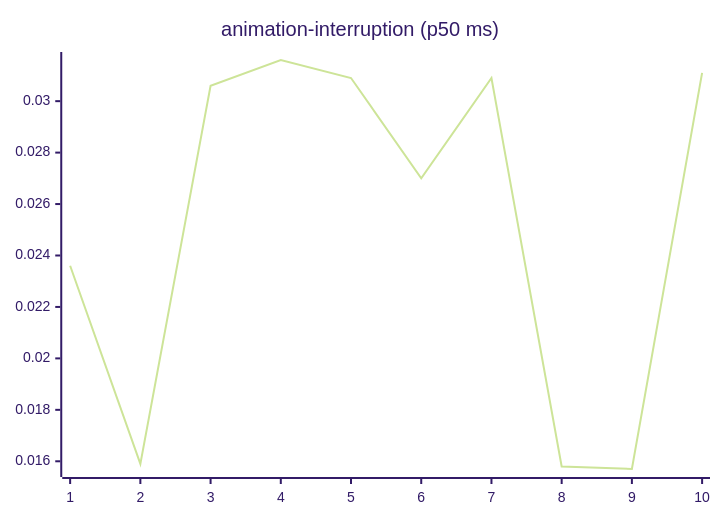
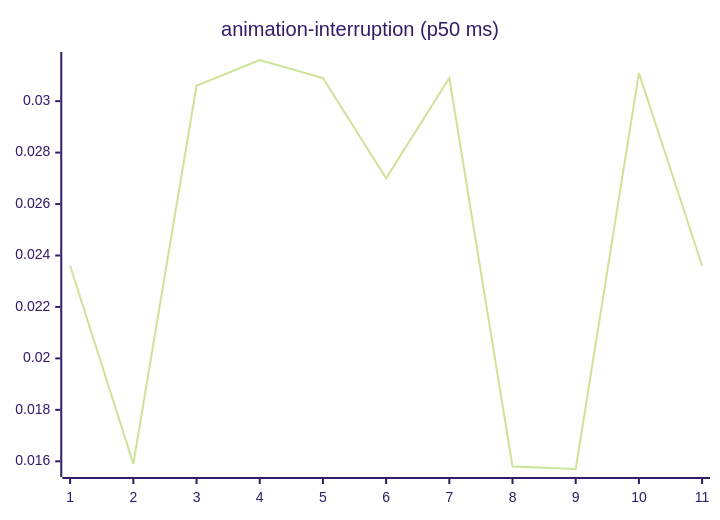
One commit to josha/Facet changed the third of 27 diagrams in README.md. Above: the diagram before and after it, drawn with Mermaid (forest theme). The commit also changed other lines of this file and 2 other files, not shown here.

````diff
--- a/README.md
+++ b/README.md
@@ -77,6 +77,6 @@
 ```mermaid
 xychart-beta
     title "animation-interruption (p50 ms)"
-    x-axis 1 --> 10
-    line [0.0236, 0.0159, 0.0306, 0.0316, 0.0309, 0.0270, 0.0309, 0.0158, 0.0157, 0.0311]
+    x-axis 1 --> 11
+    line [0.0236, 0.0159, 0.0306, 0.0316, 0.0309, 0.0270, 0.0309, 0.0158, 0.0157, 0.0311, 0.0236]
 ```
````
